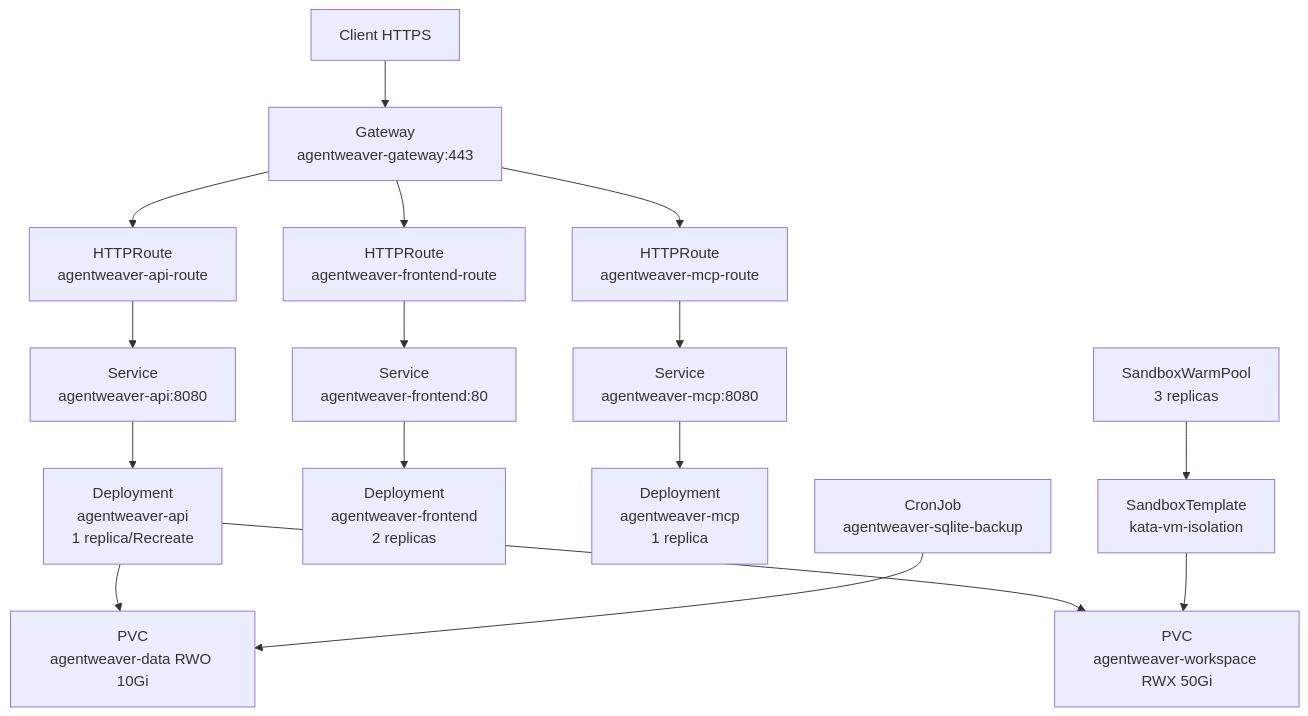
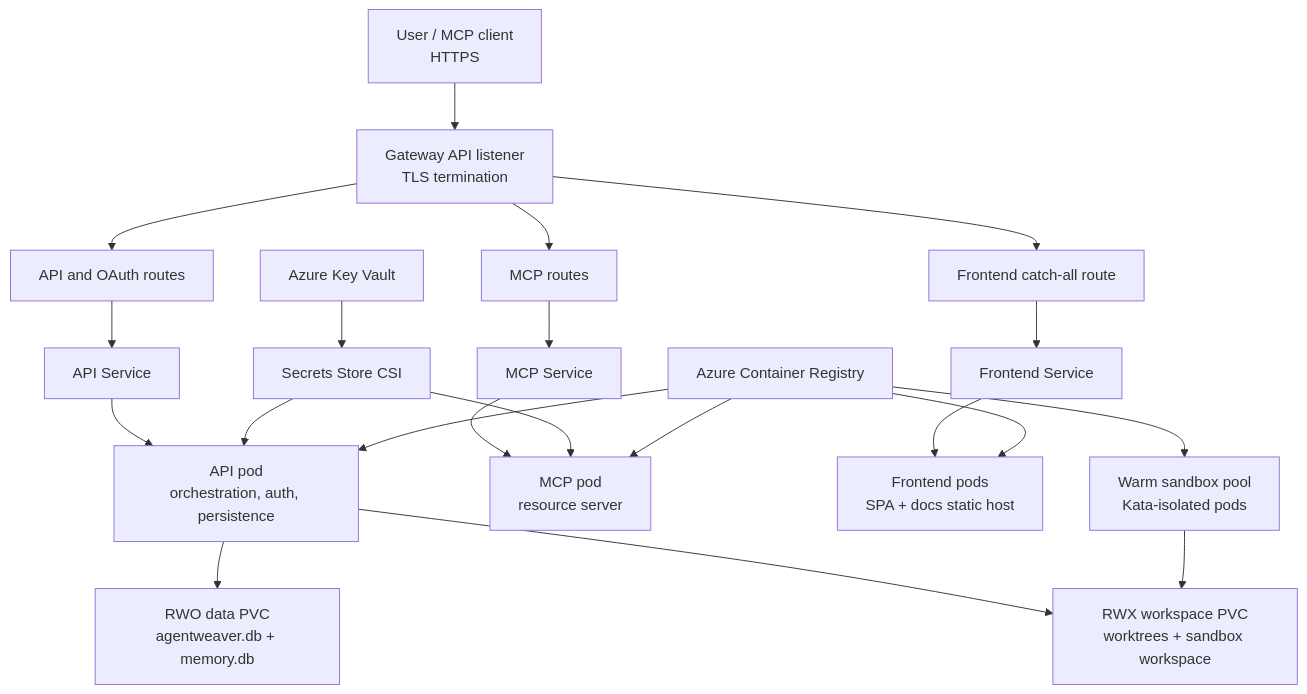
One commit to sabbour/agentweaver changed the first of 4 diagrams in docs/deep-dive/infra-deployment.md. Above: the diagram before and after it, drawn with Mermaid. The commit also changed other lines of this file and 12 other files, not shown here.

````diff
--- a/docs/deep-dive/infra-deployment.md
+++ b/docs/deep-dive/infra-deployment.md
@@ -56,21 +21,29 @@
 ```mermaid
 flowchart TD
-  Client["Client HTTPS"] --> Gateway["Gateway<br/>agentweaver-gateway:443"]
-  Gateway --> ApiRoute["HTTPRoute<br/>agentweaver-api-route"]
-  Gateway --> FrontendRoute["HTTPRoute<br/>agentweaver-frontend-route"]
-  Gateway --> McpRoute["HTTPRoute<br/>agentweaver-mcp-route"]
+  Client["User / MCP client<br/>HTTPS"] --> Gateway["Gateway API listener<br/>TLS termination"]
 
-  ApiRoute --> ApiSvc["Service<br/>agentweaver-api:8080"]
-  FrontendRoute --> FrontendSvc["Service<br/>agentweaver-frontend:80"]
-  McpRoute --> McpSvc["Service<br/>agentweaver-mcp:8080"]
+  Gateway --> ApiRoute["API and OAuth routes"]
+  Gateway --> McpRoute["MCP routes"]
+  Gateway --> FrontendRoute["Frontend catch-all route"]
 
-  ApiSvc --> ApiDeploy["Deployment<br/>agentweaver-api<br/>1 replica/Recreate"]
-  FrontendSvc --> FrontendDeploy["Deployment<br/>agentweaver-frontend<br/>2 replicas"]
-  McpSvc --> McpDeploy["Deployment<br/>agentweaver-mcp<br/>1 replica"]
+  ApiRoute --> ApiSvc["API Service"]
+  McpRoute --> McpSvc["MCP Service"]
+  FrontendRoute --> FrontendSvc["Frontend Service"]
 
-  ApiDeploy --> DataPVC["PVC<br/>agentweaver-data RWO 10Gi"]
-  ApiDeploy --> WorkspacePVC["PVC<br/>agentweaver-workspace RWX 50Gi"]
-  Cron["CronJob<br/>agentweaver-sqlite-backup"] --> DataPVC
-  SandboxTemplate["SandboxTemplate<br/>kata-vm-isolation"] --> WorkspacePVC
-  WarmPool["SandboxWarmPool<br/>3 replicas"] --> SandboxTemplate
+  ApiSvc --> ApiPod["API pod<br/>orchestration, auth, persistence"]
+  McpSvc --> McpPod["MCP pod<br/>resource server"]
+  FrontendSvc --> WebPods["Frontend pods<br/>SPA + docs static host"]
+
+  ApiPod --> DataPVC["RWO data PVC<br/>agentweaver.db + memory.db"]
+  ApiPod --> WorkspacePVC["RWX workspace PVC<br/>worktrees + sandbox workspace"]
+  SandboxPool["Warm sandbox pool<br/>Kata-isolated pods"] --> WorkspacePVC
+
+  KeyVault["Azure Key Vault"] --> CSI["Secrets Store CSI"]
+  CSI --> ApiPod
+  CSI --> McpPod
+
+  ACR["Azure Container Registry"] --> ApiPod
+  ACR --> McpPod
+  ACR --> WebPods
+  ACR --> SandboxPool
 ```
````
